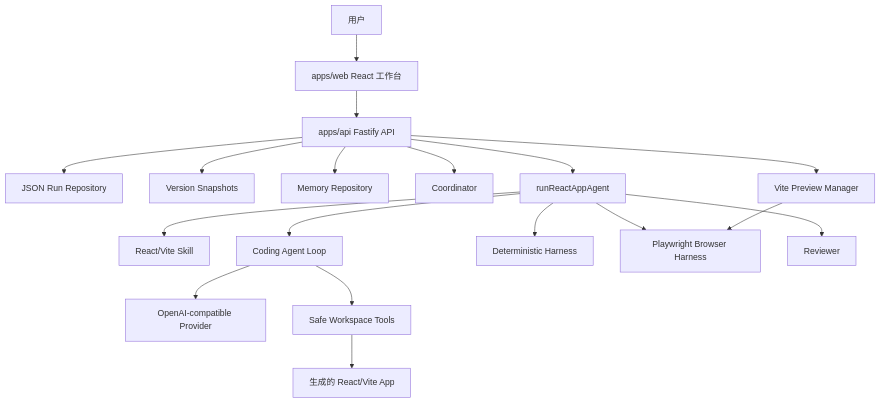
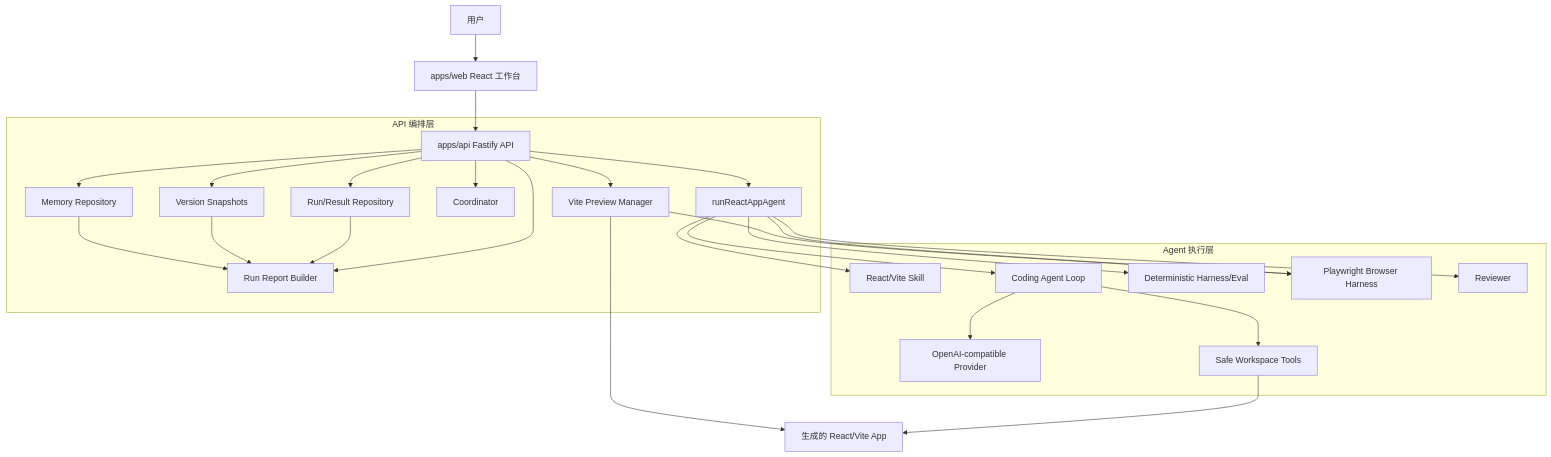
Before and after one commit to Marvin725626/appforge-agent-platform: the diagram in README.zh-CN.md, drawn with Mermaid. The commit also changed other lines of this file and 6 other files, not shown here.

Commit message:
Polish README architecture docs and screenshots

````diff
--- a/README.zh-CN.md
+++ b/README.zh-CN.md
@@ -77,20 +53,32 @@
 ```mermaid
 flowchart TD
     User["用户"] --> Web["apps/web React 工作台"]
     Web --> API["apps/api Fastify API"]
-    API --> Repo["JSON Run Repository"]
-    API --> Versions["Version Snapshots"]
-    API --> Memory["Memory Repository"]
-    API --> Coordinator["Coordinator"]
-    API --> Runner["runReactAppAgent"]
-    Runner --> Skill["React/Vite Skill"]
-    Runner --> AgentLoop["Coding Agent Loop"]
-    AgentLoop --> Provider["OpenAI-compatible Provider"]
-    AgentLoop --> Workspace["Safe Workspace Tools"]
-    Runner --> Harness["Deterministic Harness"]
-    Runner --> BrowserHarness["Playwright Browser Harness"]
-    Runner --> Review["Reviewer"]
-    API --> Preview["Vite Preview Manager"]
+
+    subgraph APIBoundary["API 编排层"]
+      API --> Repo["Run/Result Repository"]
+      API --> Versions["Version Snapshots"]
+      API --> Memory["Memory Repository"]
+      API --> Coordinator["Coordinator"]
+      API --> Runner["runReactAppAgent"]
+      API --> Preview["Vite Preview Manager"]
+      API --> Report["Run Report Builder"]
+    end
+
+    subgraph AgentBoundary["Agent 执行层"]
+      Runner --> Skill["React/Vite Skill"]
+      Runner --> AgentLoop["Coding Agent Loop"]
+      AgentLoop --> Provider["OpenAI-compatible Provider"]
+      AgentLoop --> Workspace["Safe Workspace Tools"]
+      Runner --> Harness["Deterministic Harness/Eval"]
+      Runner --> BrowserHarness["Playwright Browser Harness"]
+      Runner --> Review["Reviewer"]
+    end
+
+    Workspace --> Generated["生成的 React/Vite App"]
+    Preview --> Generated
     Preview --> BrowserHarness
-    Workspace --> Generated["生成的 React/Vite App"]
+    Repo --> Report
+    Versions --> Report
+    Memory --> Report
 ```
````
